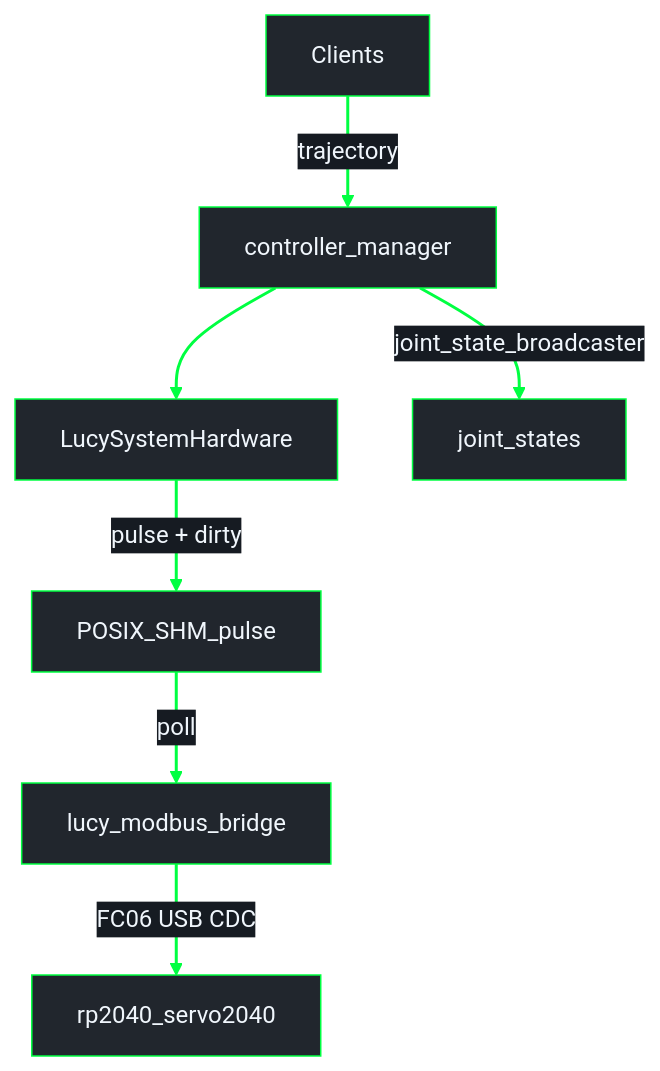
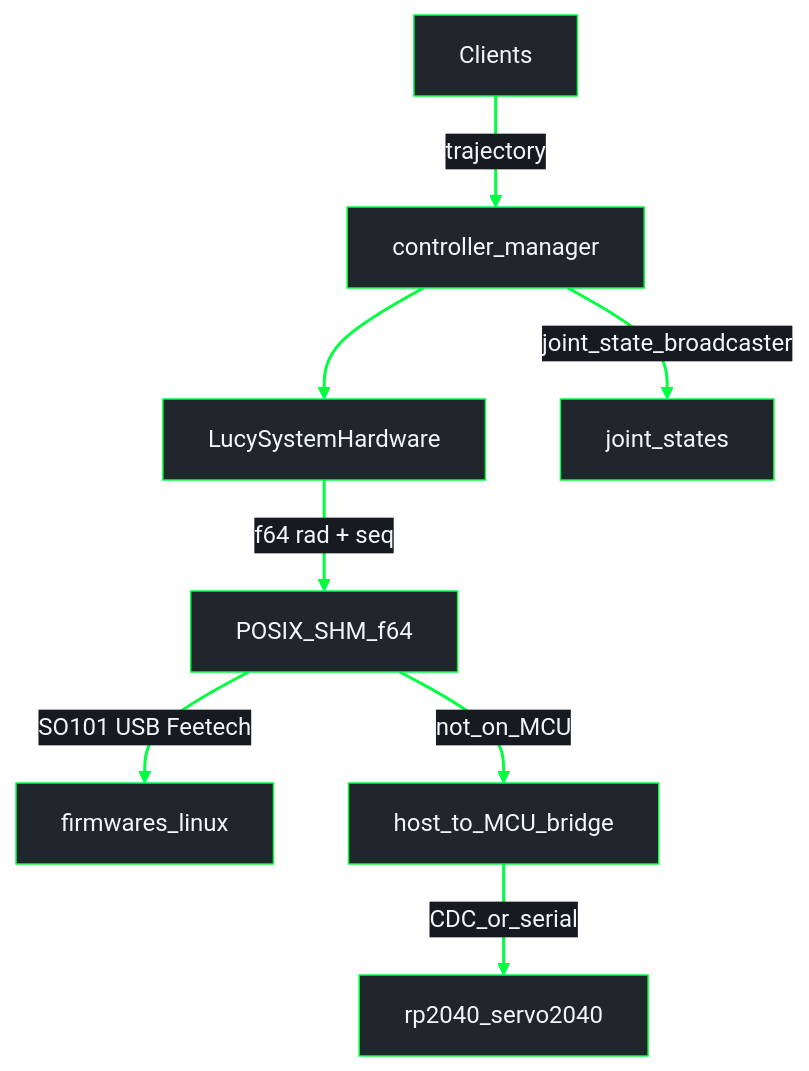
Before and after one commit to Lucy-Robotics/lucy_ros_packages: the diagram in docs/ROS2_CONTROL.md, drawn with Mermaid. The commit also changed other lines of this file and 7 other files, not shown here.

Commit message:
evol(architecture): document f64 SHM path only

````diff
--- a/docs/ROS2_CONTROL.md
+++ b/docs/ROS2_CONTROL.md
@@ -38,19 +37,21 @@
 ```mermaid
 %%{init: {"theme": "base", "themeVariables": {"darkMode": true, "background": "#0d1117", "mainBkg": "#21262d", "primaryColor": "#21262d", "primaryTextColor": "#f0f6fc", "primaryBorderColor": "#00FF41", "secondaryColor": "#161b22", "secondaryTextColor": "#f0f6fc", "secondaryBorderColor": "#00FF41", "tertiaryColor": "#161b22", "tertiaryTextColor": "#f0f6fc", "tertiaryBorderColor": "#00FF41", "lineColor": "#00FF41", "textColor": "#f0f6fc", "nodeTextColor": "#f0f6fc", "edgeLabelBackground": "#161b22", "clusterBkg": "#0d1117", "clusterBorder": "#00FF41", "titleColor": "#f0f6fc"}}}%%
 flowchart TB
   Clients["Clients"]
   CM["controller_manager"]
   HI["LucySystemHardware"]
-  SHM["POSIX_SHM_pulse"]
-  Bridge["lucy_modbus_bridge"]
+  SHM["POSIX_SHM_f64"]
+  LinuxFW["firmwares_linux"]
+  Bridge["host_to_MCU_bridge"]
   FW["rp2040_servo2040"]
   JS["joint_states"]
 
   Clients -->|"trajectory"| CM
   CM --> HI
   CM -->|"joint_state_broadcaster"| JS
-  HI -->|"pulse + dirty"| SHM
-  SHM -->|"poll"| Bridge
-  Bridge -->|"FC06 USB CDC"| FW
+  HI -->|"f64 rad + seq"| SHM
+  SHM -->|"SO101 USB Feetech"| LinuxFW
+  SHM -->|"not_on_MCU"| Bridge
+  Bridge -->|"CDC_or_serial"| FW
   linkStyle default stroke:#00FF41,stroke-width:2px
 ```
````
